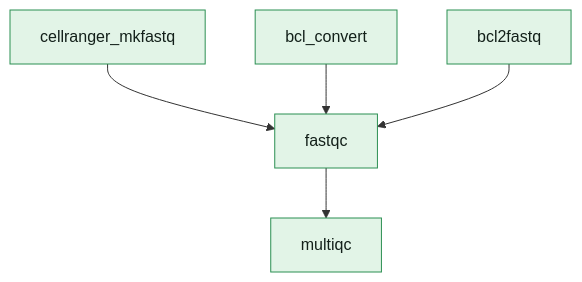
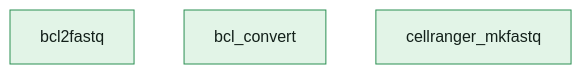
One commit to openpipelines-bio/openpipeline_docs changed the diagram in reference/openpipeline/v4.2.0/workflows/ingestion/demux.qmd. Above: the diagram before and after it, drawn with Mermaid. The commit also changed other lines of this file and 40 other files, not shown here.

````diff
--- a/reference/openpipeline/v4.2.0/workflows/ingestion/demux.qmd
+++ b/reference/openpipeline/v4.2.0/workflows/ingestion/demux.qmd
@@ -103,17 +103,9 @@
 ```{mermaid}
 flowchart TB
-    v126["fastqc"]
-    v157["multiqc"]
-    v20["cellranger_mkfastq"]
-    v56["bcl_convert"]
-    v92["bcl2fastq"]
-    v126 --> v157
-    v20 --> v126
-    v56 --> v126
-    v92 --> v126
-    style v126 fill:#e2f4e7,stroke:#2b8f52,color:#13201a
-    style v157 fill:#e2f4e7,stroke:#2b8f52,color:#13201a
-    style v20 fill:#e2f4e7,stroke:#2b8f52,color:#13201a
-    style v56 fill:#e2f4e7,stroke:#2b8f52,color:#13201a
-    style v92 fill:#e2f4e7,stroke:#2b8f52,color:#13201a
+    c_demux_bcl2fastq["bcl2fastq"]
+    c_demux_bcl_convert["bcl_convert"]
+    c_demux_cellranger_mkfastq["cellranger_mkfastq"]
+    style c_demux_bcl2fastq fill:#e2f4e7,stroke:#2b8f52,color:#13201a
+    style c_demux_bcl_convert fill:#e2f4e7,stroke:#2b8f52,color:#13201a
+    style c_demux_cellranger_mkfastq fill:#e2f4e7,stroke:#2b8f52,color:#13201a
 ```
````
